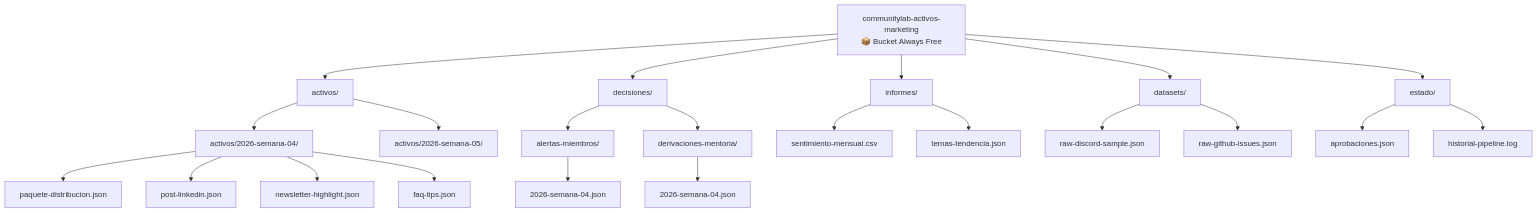
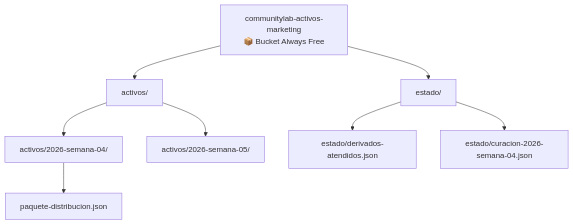
One commit to No-Country-simulation/G10-Latam-Equipo24-CommunityLab changed the fifth of 5 diagrams in docs/arquitectura.md. Above: the diagram before and after it, drawn with Mermaid. The commit also changed other lines of this file and 3 other files, not shown here.

````diff
--- a/docs/arquitectura.md
+++ b/docs/arquitectura.md
@@ -277,25 +227,11 @@
 ```mermaid
 graph TD
     ROOT["communitylab-activos-marketing<br/>📦 Bucket Always Free"]
     ROOT --> S1["activos/"]
-    ROOT --> S2["decisiones/"]
-    ROOT --> S3["informes/"]
-    ROOT --> S4["datasets/"]
-    ROOT --> S5["estado/"]
+    ROOT --> S2["estado/"]
     S1 --> S1A["activos/2026-semana-04/"]
     S1 --> S1B["activos/2026-semana-05/"]
     S1A --> S1A1["paquete-distribucion.json"]
-    S1A --> S1A2["post-linkedin.json"]
-    S1A --> S1A3["newsletter-highlight.json"]
-    S1A --> S1A4["faq-tips.json"]
-    S2 --> S2A["alertas-miembros/"]
-    S2 --> S2B["derivaciones-mentoria/"]
-    S2A --> S2A1["2026-semana-04.json"]
-    S2B --> S2B1["2026-semana-04.json"]
-    S3 --> S3A["sentimiento-mensual.csv"]
-    S3 --> S3B["temas-tendencia.json"]
-    S4 --> S4A["raw-discord-sample.json"]
-    S4 --> S4B["raw-github-issues.json"]
-    S5 --> S5A["aprobaciones.json"]
-    S5 --> S5B["historial-pipeline.log"]
+    S2 --> S2A["estado/derivados-atendidos.json"]
+    S2 --> S2B["estado/curacion-2026-semana-04.json"]
 ```
````
